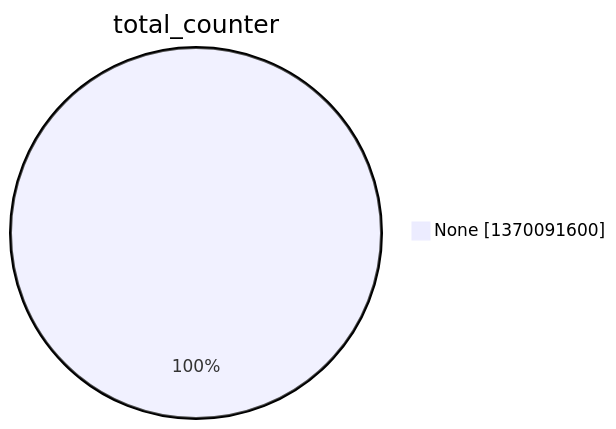
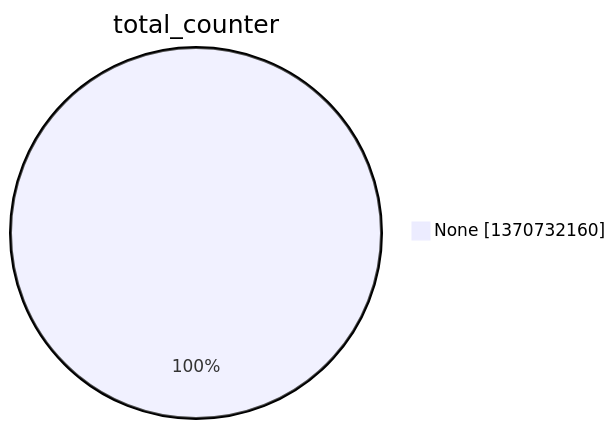
Before and after one commit to christiankrug/ctmonitor_visualization: the second of 15 diagrams in argon2022/README.md, drawn with Mermaid. The commit also changed other lines of this file, not shown here.

````diff
--- a/argon2022/README.md
+++ b/argon2022/README.md
@@ -9,5 +9,5 @@
 ```mermaid
 pie showData
 title total_counter
-"None" :1370091600
+"None" :1370732160
 ```
````
